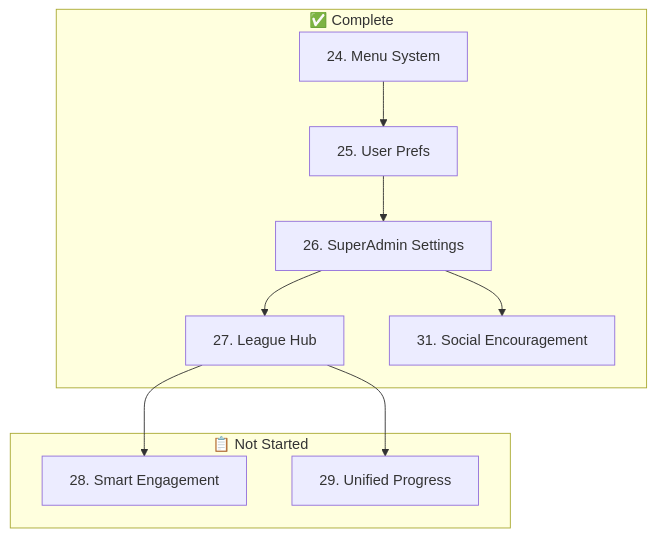
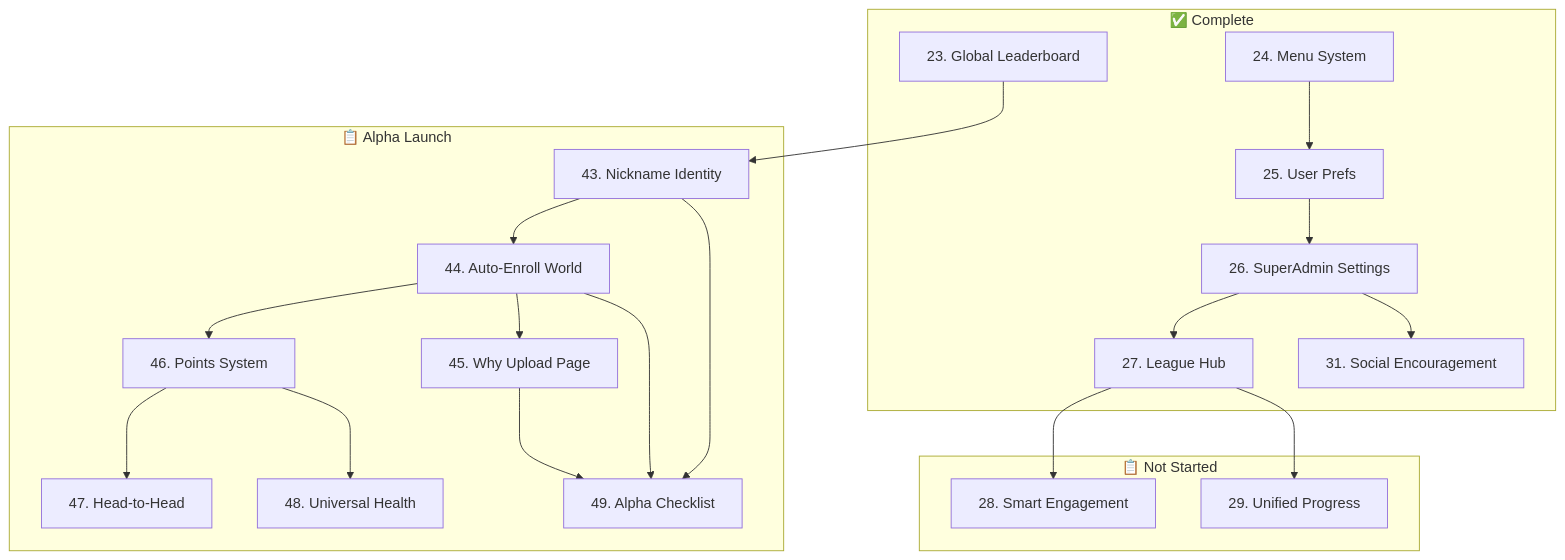
Before and after one commit to vassovass/scl-v3: the diagram in docs/prds/admin-feedback-system/PRD_00_Index.md, drawn with Mermaid. The commit also changed other lines of this file and 1 other file, not shown here.

Commit message:
docs: Add PRD 49 checklist and update index for alpha launch
PRD 49: Alpha Launch Checklist (Meta-PRD)
- Comprehensive launch readiness tracking
- Must-have/Should-have/Nice-to-have categorization
- Pre-launch verification checklist
- Invite templates and feedback collection plan

PRD 00 Index Updates:
- Added Alpha Launch section (PRDs 43-49)
- Updated Mermaid dependency graph
- Updated PRD counts (14 proposed, 35 complete)

Systems/Proactive considerations added:
- Feedback triage process
- Metrics dashboard requirements
- Staged rollout gates (5→20→50 users)

````diff
--- a/docs/prds/admin-feedback-system/PRD_00_Index.md
+++ b/docs/prds/admin-feedback-system/PRD_00_Index.md
@@ -100,22 +111,43 @@
 ```mermaid
 graph TD
     subgraph "✅ Complete"
         PRD24[24. Menu System]
         PRD25[25. User Prefs]
         PRD26[26. SuperAdmin Settings]
         PRD27[27. League Hub]
         PRD31[31. Social Encouragement]
+        PRD23[23. Global Leaderboard]
     end
-    
+
+    subgraph "📋 Alpha Launch"
+        PRD43[43. Nickname Identity]
+        PRD44[44. Auto-Enroll World]
+        PRD45[45. Why Upload Page]
+        PRD46[46. Points System]
+        PRD47[47. Head-to-Head]
+        PRD48[48. Universal Health]
+        PRD49[49. Alpha Checklist]
+    end
+
     subgraph "📋 Not Started"
         PRD28[28. Smart Engagement]
         PRD29[29. Unified Progress]
     end
-    
+
     PRD24 --> PRD25
     PRD25 --> PRD26
     PRD26 --> PRD27
     PRD26 --> PRD31
     PRD27 --> PRD28
     PRD27 --> PRD29
+
+    PRD23 --> PRD43
+    PRD43 --> PRD44
+    PRD44 --> PRD45
+    PRD44 --> PRD46
+    PRD46 --> PRD47
+    PRD46 --> PRD48
+    PRD43 --> PRD49
+    PRD44 --> PRD49
+    PRD45 --> PRD49
 ```
````
